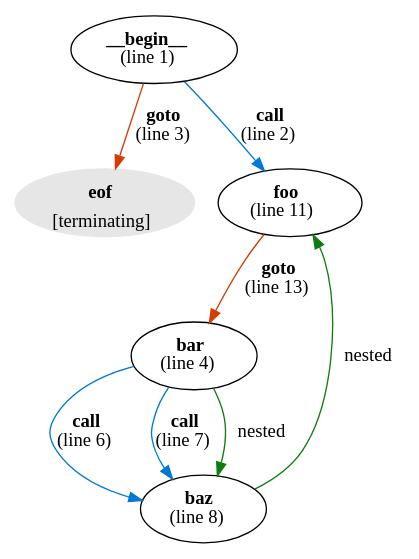
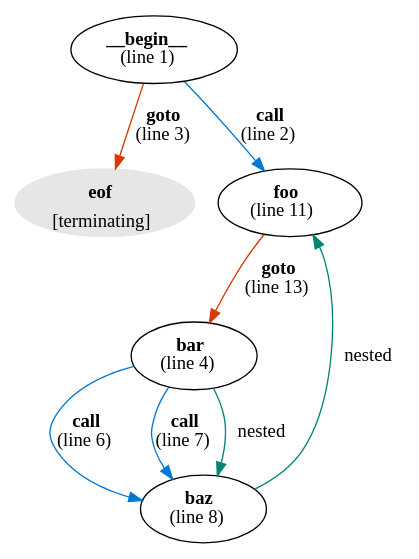
One commit to microsoft/cmd-call-graph changed the diagram in examples/example1.dot. Above: the diagram before and after it, drawn with Graphviz. The commit also changed 7 other files, not shown here.

```diff
--- a/examples/example1.dot
+++ b/examples/example1.dot
@@ -1,14 +1,14 @@
 digraph g {
 "__begin__" [label=<<b>__begin__</b><br/>(line 1)>]
 "__begin__" -> "eof" [label=<<b>goto</b><br />(line 3)>,color="#d83b01"]
 "__begin__" -> "foo" [label=<<b>call</b><br />(line 2)>,color="#0078d4"]
 "bar" [label=<<b>bar</b><br/>(line 4)>]
 "bar" -> "baz" [label=<<b>call</b><br />(line 6)>,color="#0078d4"]
 "bar" -> "baz" [label=<<b>call</b><br />(line 7)>,color="#0078d4"]
-"bar" -> "baz" [label=" nested",color="#107c10"]
+"bar" -> "baz" [label=" nested",color="#008575"]
 "baz" [label=<<b>baz</b><br/>(line 8)>]
-"baz" -> "foo" [label=" nested",color="#107c10"]
+"baz" -> "foo" [label=" nested",color="#008575"]
 "eof" [color="#e6e6e6",style=filled,label=<<b>eof</b><br/><sub>[terminating]</sub>>]
 "foo" [label=<<b>foo</b><br/>(line 11)>]
 "foo" -> "bar" [label=<<b>goto</b><br />(line 13)>,color="#d83b01"]
 }
```
